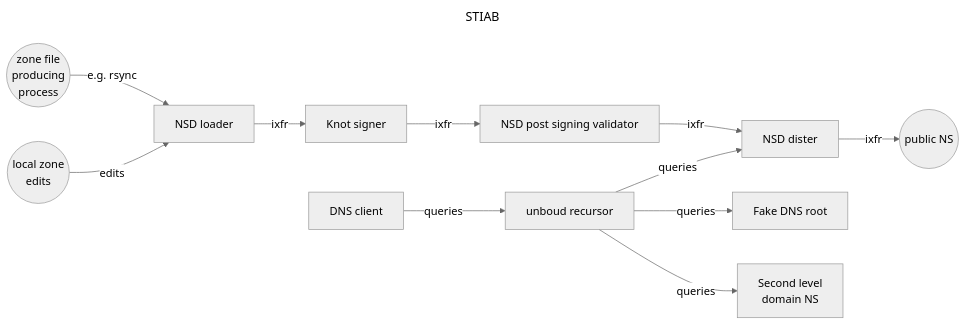
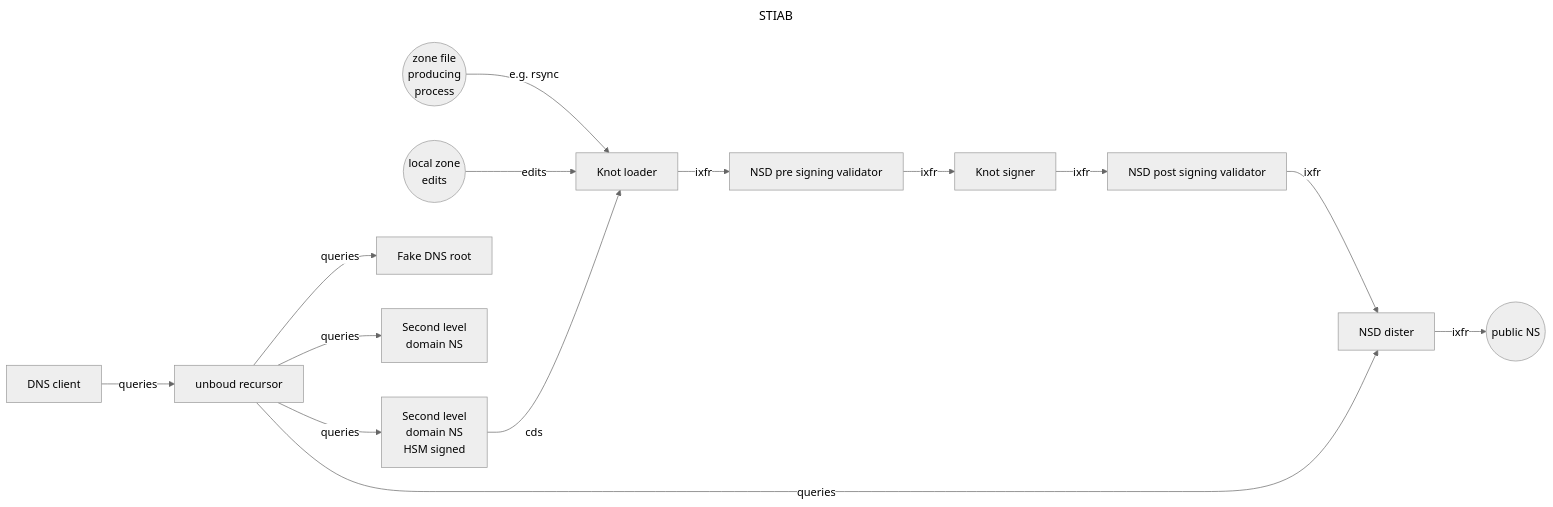
One commit to niek-sidn/stiab changed the diagram in README.md. Above: the diagram before and after it, drawn with Mermaid (neutral theme). The commit also changed other lines of this file and 2 other files, not shown here.

Commit message:
Add pre-sign-validator and switch zoneloader to Knot part 12

````diff
--- a/README.md
+++ b/README.md
@@ -67,23 +71,28 @@
 ```mermaid
 ---
 title: STIAB
 ---
 graph LR
 Z(("`zone file 
 producing 
 process`")) --> |e.g. rsync| A
 Y(("`local zone
 edits`")) --> |edits| A
-A[NSD loader] --> |ixfr| B
+A[Knot loader] --> |ixfr| J
+J[NSD pre signing validator] --> |ixfr| B
 B[Knot signer] --> |ixfr| C
 C[NSD post signing validator] --> |ixfr| D
 D[NSD dister] --> |ixfr| E
 E((public NS))
 F[unboud recursor] --> |queries| D
 F --> |queries| H
 F --> |queries| I
+F --> |queries| K
 G[DNS client] --> |queries| F
 H[Fake DNS root]
 I["`Second level 
 domain NS`"]
+K["`Second level 
+domain NS
+HSM signed`"] --> |cds| A
 ```
````
